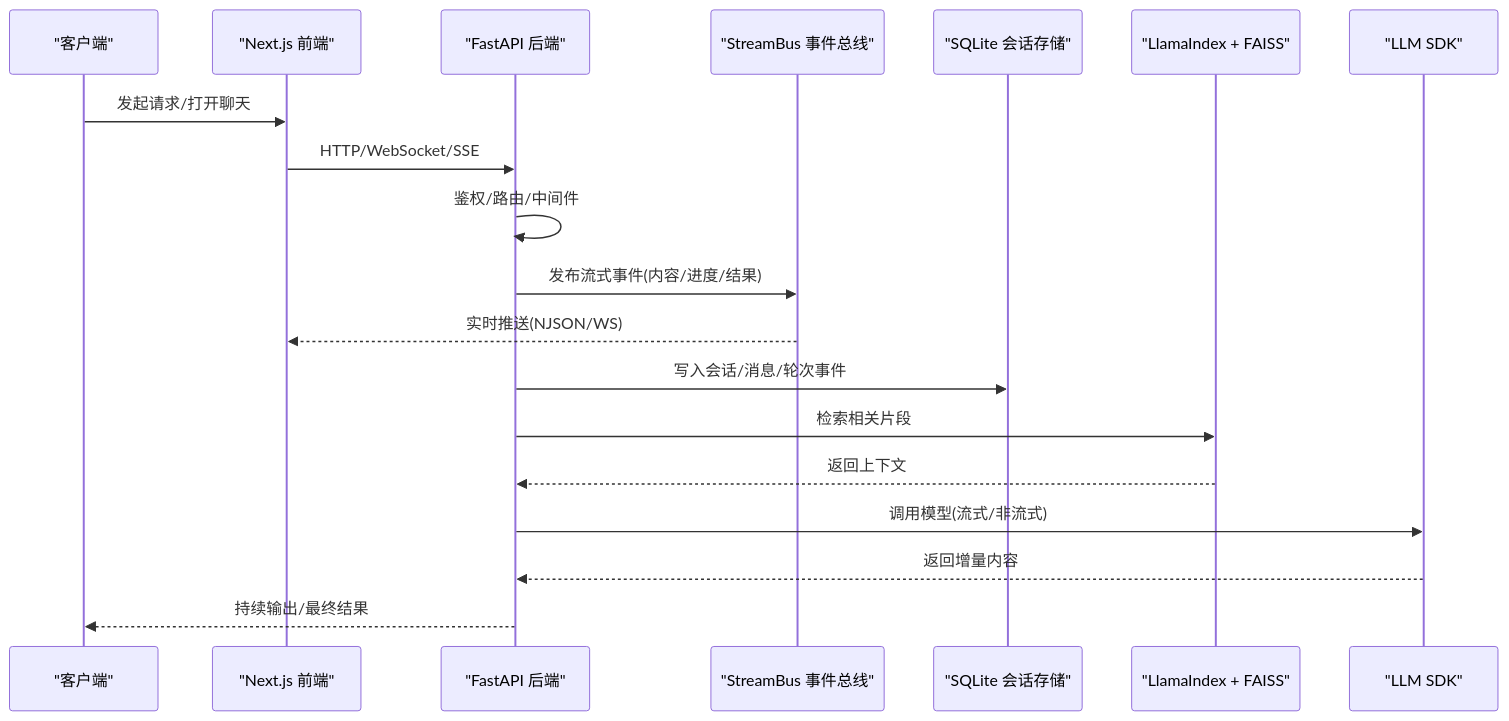
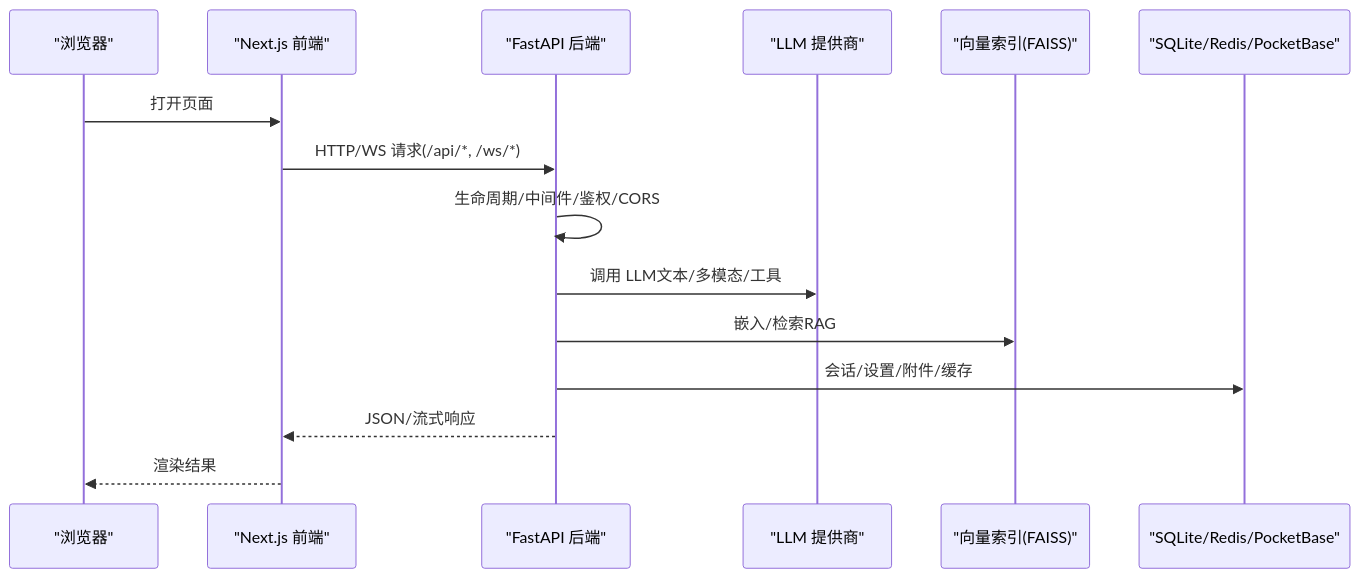
One commit to gongzili456/DeepTutor changed the second of 8 diagrams in .qoder/repowiki/zh/content/项目概述/技术栈概览.md. Above: the diagram before and after it, drawn with Mermaid. The commit also changed other lines of this file and 1242 other files, not shown here.

````diff
--- a/.qoder/repowiki/zh/content/项目概述/技术栈概览.md
+++ b/.qoder/repowiki/zh/content/项目概述/技术栈概览.md
@@ -90,21 +106,17 @@
 ```mermaid
 sequenceDiagram
-participant Client as "客户端"
+participant Client as "浏览器"
 participant Frontend as "Next.js 前端"
-participant API as "FastAPI 后端"
-participant Bus as "StreamBus 事件总线"
-participant Store as "SQLite 会话存储"
-participant RAG as "LlamaIndex + FAISS"
-participant LLM as "LLM SDK"
-Client->>Frontend : 发起请求/打开聊天
-Frontend->>API : HTTP/WebSocket/SSE
-API->>API : 鉴权/路由/中间件
-API->>Bus : 发布流式事件(内容/进度/结果)
-Bus-->>Frontend : 实时推送(NJSON/WS)
-API->>Store : 写入会话/消息/轮次事件
-API->>RAG : 检索相关片段
-RAG-->>API : 返回上下文
-API->>LLM : 调用模型(流式/非流式)
-LLM-->>API : 返回增量内容
-API-->>Client : 持续输出/最终结果
+participant Backend as "FastAPI 后端"
+participant LLM as "LLM 提供商"
+participant Vector as "向量索引(FAISS)"
+participant DB as "SQLite/Redis/PocketBase"
+Client->>Frontend : 打开页面
+Frontend->>Backend : HTTP/WS 请求(/api/*, /ws/*)
+Backend->>Backend : 生命周期/中间件/鉴权/CORS
+Backend->>LLM : 调用 LLM文本/多模态/工具
+Backend->>Vector : 嵌入/检索RAG
+Backend->>DB : 会话/设置/附件/缓存
+Backend-->>Frontend : JSON/流式响应
+Frontend-->>Client : 渲染结果
 ```
````
